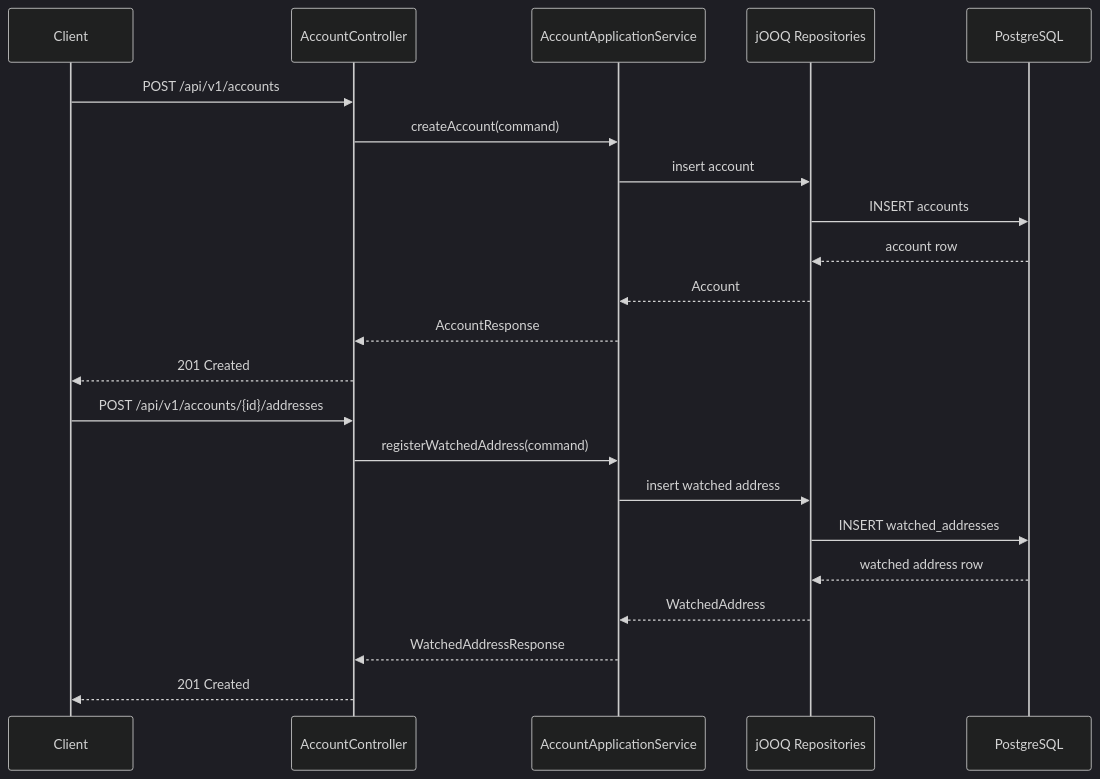
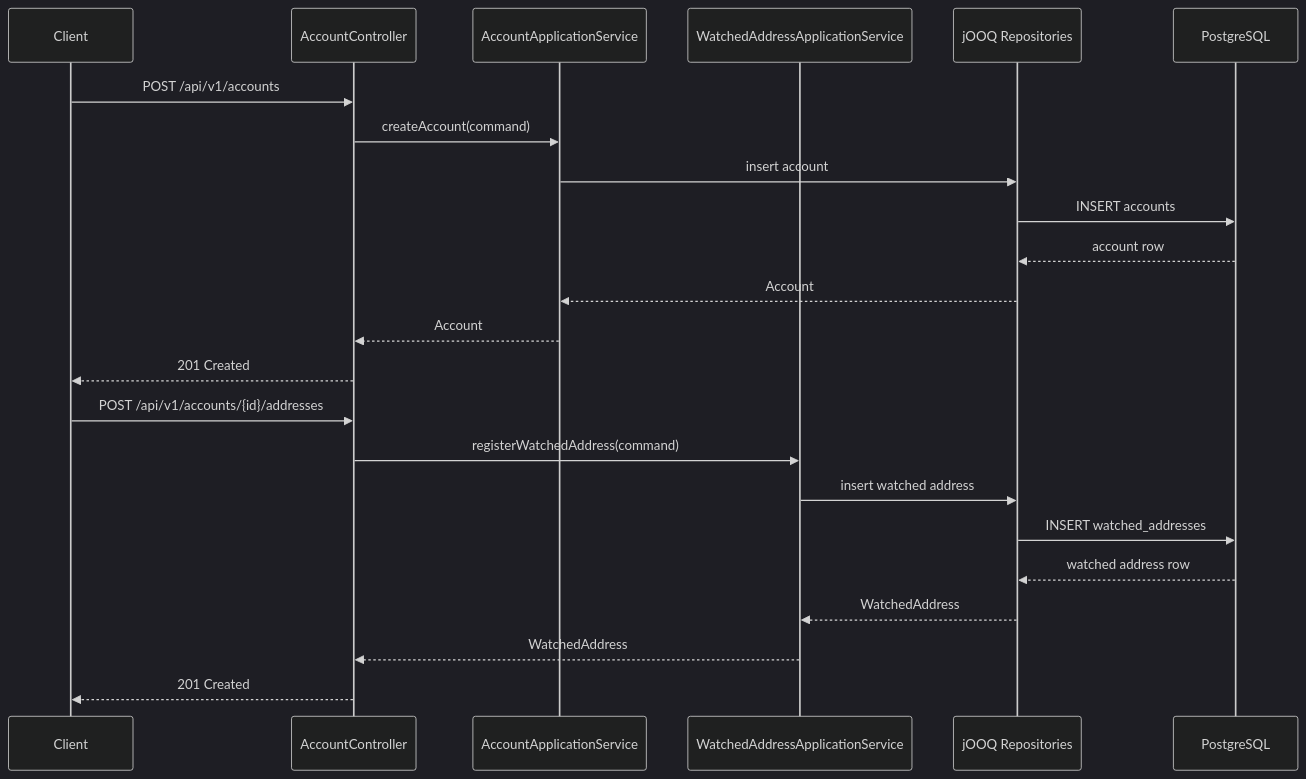
The first of 8 diagrams in docs/architecture.md (AsyncAssassin/asset-sync-service), drawn with Mermaid (dark theme) before and after one commit. The commit also changed other lines of this file and 3 other files, not shown here.

````diff
--- a/docs/architecture.md
+++ b/docs/architecture.md
@@ -119,26 +119,27 @@
 ```mermaid
 sequenceDiagram
     participant Client
     participant API as AccountController
     participant App as AccountApplicationService
+    participant Addresses as WatchedAddressApplicationService
     participant Repo as jOOQ Repositories
     participant DB as PostgreSQL
 
     Client->>API: POST /api/v1/accounts
     API->>App: createAccount(command)
     App->>Repo: insert account
     Repo->>DB: INSERT accounts
     DB-->>Repo: account row
     Repo-->>App: Account
-    App-->>API: AccountResponse
+    App-->>API: Account
     API-->>Client: 201 Created
 
     Client->>API: POST /api/v1/accounts/{id}/addresses
-    API->>App: registerWatchedAddress(command)
-    App->>Repo: insert watched address
+    API->>Addresses: registerWatchedAddress(command)
+    Addresses->>Repo: insert watched address
     Repo->>DB: INSERT watched_addresses
     DB-->>Repo: watched address row
-    Repo-->>App: WatchedAddress
-    App-->>API: WatchedAddressResponse
+    Repo-->>Addresses: WatchedAddress
+    Addresses-->>API: WatchedAddress
     API-->>Client: 201 Created
 ```
````
